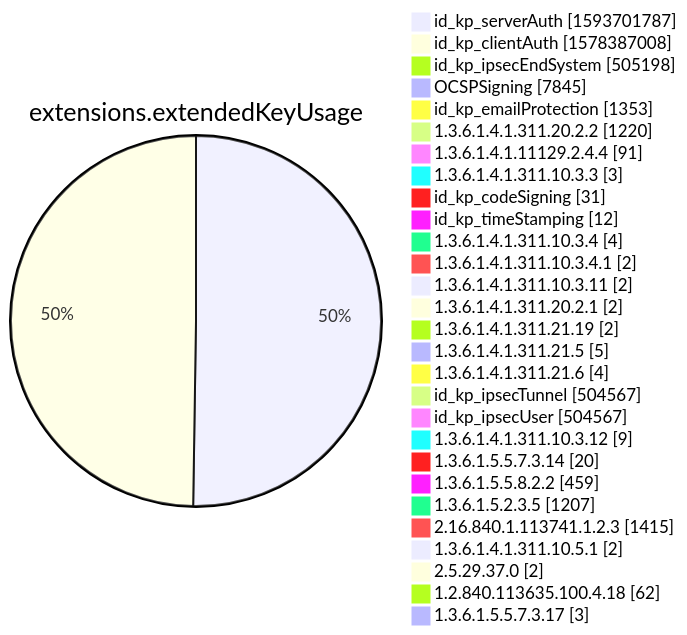
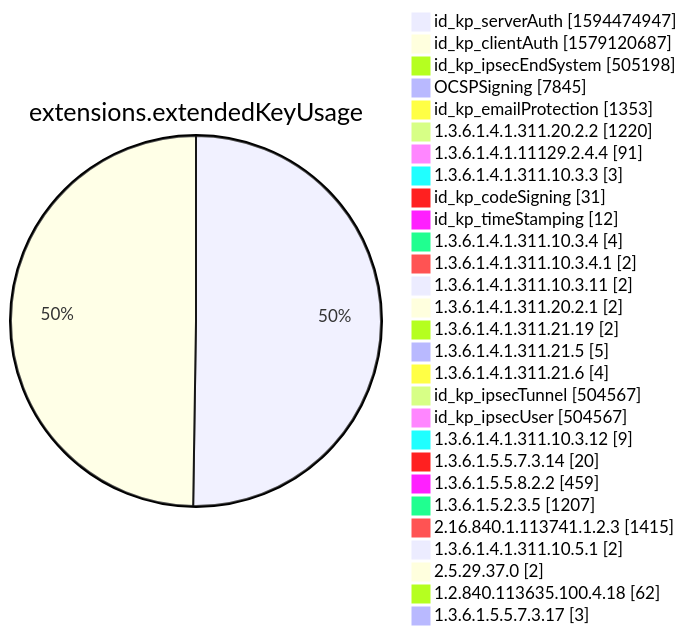
One commit to christiankrug/ctmonitor_visualization changed diagram 12 of 15 in xenon2022/README.md. Above: the diagram before and after it, drawn with Mermaid. The commit also changed other lines of this file, not shown here.

````diff
--- a/xenon2022/README.md
+++ b/xenon2022/README.md
@@ -3885,32 +3885,32 @@
 ```mermaid
 pie showData
 title extensions.extendedKeyUsage
-"id_kp_serverAuth" :1593701787
-"id_kp_clientAuth" :1578387008
+"id_kp_serverAuth" :1594474947
+"id_kp_clientAuth" :1579120687
 "id_kp_ipsecEndSystem" :505198
 "OCSPSigning" :7845
 "id_kp_emailProtection" :1353
 "1.3.6.1.4.1.311.20.2.2" :1220
 "1.3.6.1.4.1.11129.2.4.4" :91
 "1.3.6.1.4.1.311.10.3.3" :3
 "id_kp_codeSigning" :31
 "id_kp_timeStamping" :12
 "1.3.6.1.4.1.311.10.3.4" :4
 "1.3.6.1.4.1.311.10.3.4.1" :2
 "1.3.6.1.4.1.311.10.3.11" :2
 "1.3.6.1.4.1.311.20.2.1" :2
 "1.3.6.1.4.1.311.21.19" :2
 "1.3.6.1.4.1.311.21.5" :5
 "1.3.6.1.4.1.311.21.6" :4
 "id_kp_ipsecTunnel" :504567
 "id_kp_ipsecUser" :504567
 "1.3.6.1.4.1.311.10.3.12" :9
 "1.3.6.1.5.5.7.3.14" :20
 "1.3.6.1.5.5.8.2.2" :459
 "1.3.6.1.5.2.3.5" :1207
 "2.16.840.1.113741.1.2.3" :1415
 "1.3.6.1.4.1.311.10.5.1" :2
 "2.5.29.37.0" :2
 "1.2.840.113635.100.4.18" :62
 "1.3.6.1.5.5.7.3.17" :3
 ```
````
